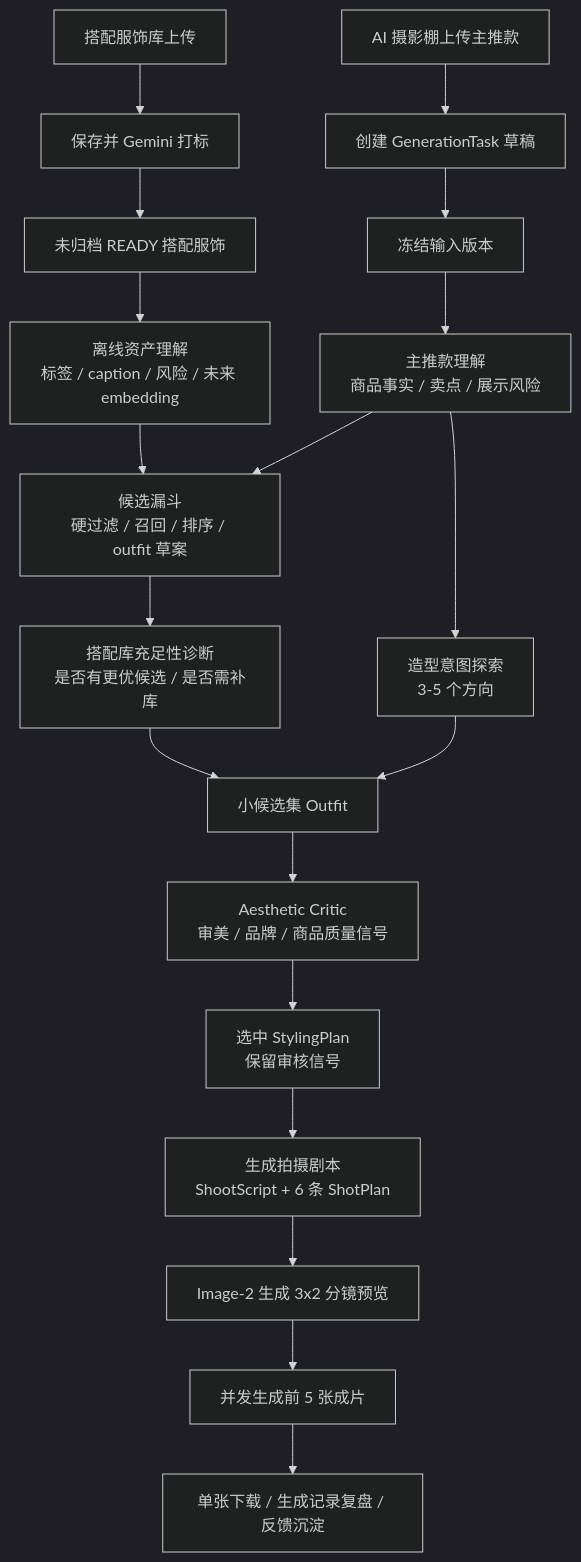
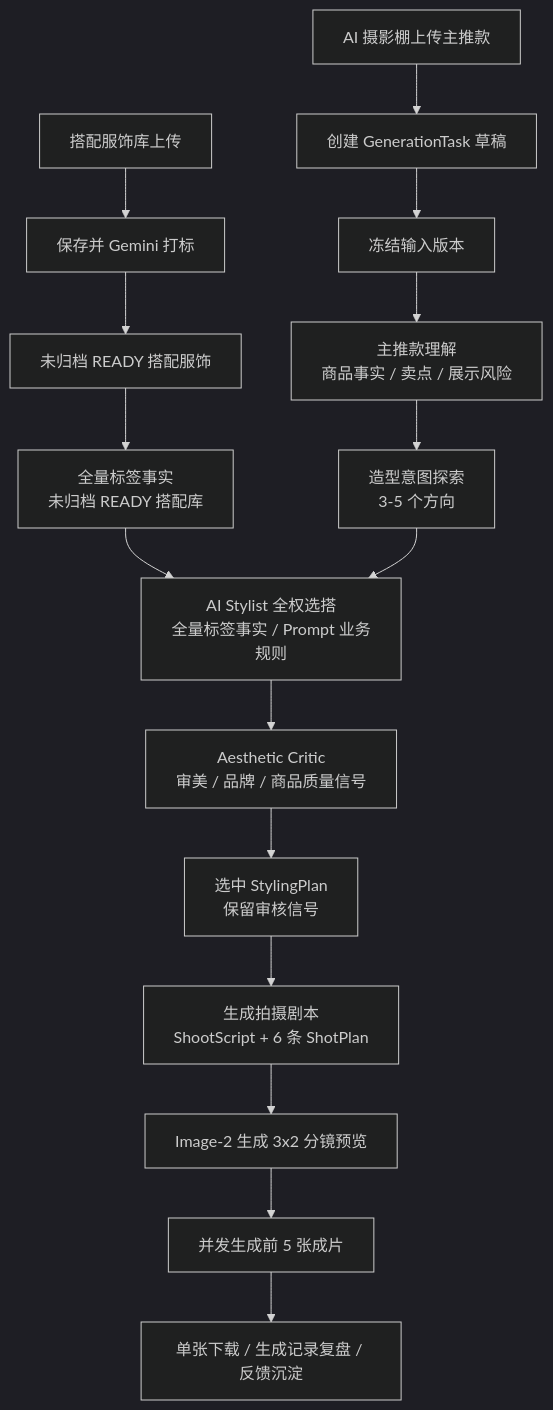
One commit to happyvchen/ruyi-dream changed the diagram in design/01_generation_flow/generation_flow.md. Above: the diagram before and after it, drawn with Mermaid (dark theme). The commit also changed other lines of this file and 12 other files, not shown here.

````diff
--- a/design/01_generation_flow/generation_flow.md
+++ b/design/01_generation_flow/generation_flow.md
@@ -7,21 +7,18 @@
 ```mermaid
 flowchart TD
   A["搭配服饰库上传"] --> B["保存并 Gemini 打标"]
   B --> C["未归档 READY 搭配服饰"]
   D["AI 摄影棚上传主推款"] --> E["创建 GenerationTask 草稿"]
   E --> F["冻结输入版本"]
-  C --> Q["离线资产理解<br/>标签 / caption / 风险 / 未来 embedding"]
+  C --> Q["全量标签事实<br/>未归档 READY 搭配库"]
   F --> H["主推款理解<br/>商品事实 / 卖点 / 展示风险"]
-  Q --> G["候选漏斗<br/>硬过滤 / 召回 / 排序 / outfit 草案"]
-  H --> G
+  Q --> J["AI Stylist 全权选搭<br/>全量标签事实 / Prompt 业务规则"]
   H --> I["造型意图探索<br/>3-5 个方向"]
-  G --> R["搭配库充足性诊断<br/>是否有更优候选 / 是否需补库"]
-  R --> J["小候选集 Outfit"]
   I --> J
   J --> K["Aesthetic Critic<br/>审美 / 品牌 / 商品质量信号"]
   K --> L["选中 StylingPlan<br/>保留审核信号"]
   L --> M["生成拍摄剧本<br/>ShootScript + 6 条 ShotPlan"]
   M --> N["Image-2 生成 3x2 分镜预览"]
   N --> O["并发生成前 5 张成片"]
   O --> P["单张下载 / 生成记录复盘 / 反馈沉淀"]
 ```
````
